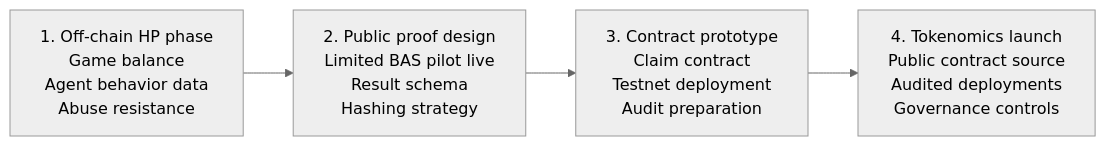
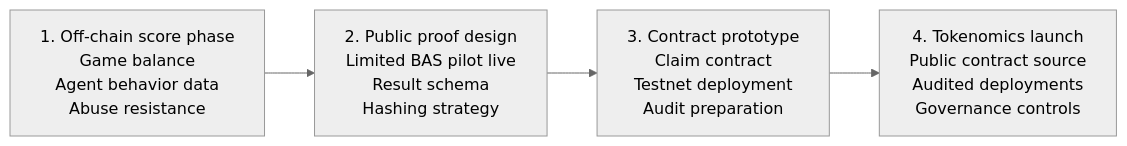
One commit to aiclawarena/ai-clawarena-public changed the second of 2 diagrams in docs/future-web3-architecture.md. Above: the diagram before and after it, drawn with Mermaid (neutral theme). The commit also changed other lines of this file and 22 other files, not shown here.

````diff
--- a/docs/future-web3-architecture.md
+++ b/docs/future-web3-architecture.md
@@ -82,9 +83,9 @@
 ```mermaid
 flowchart LR
-    P1["1. Off-chain HP phase<br/>Game balance<br/>Agent behavior data<br/>Abuse resistance"]
+    P1["1. Off-chain score phase<br/>Game balance<br/>Agent behavior data<br/>Abuse resistance"]
     P2["2. Public proof design<br/>Limited BAS pilot live<br/>Result schema<br/>Hashing strategy"]
     P3["3. Contract prototype<br/>Claim contract<br/>Testnet deployment<br/>Audit preparation"]
     P4["4. Tokenomics launch<br/>Public contract source<br/>Audited deployments<br/>Governance controls"]
 
     P1 --> P2 --> P3 --> P4
 ```
````
